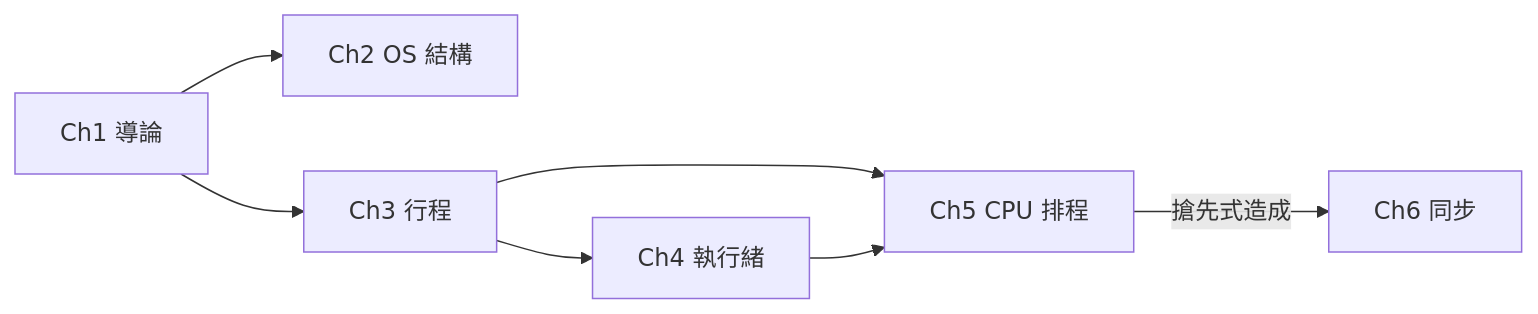
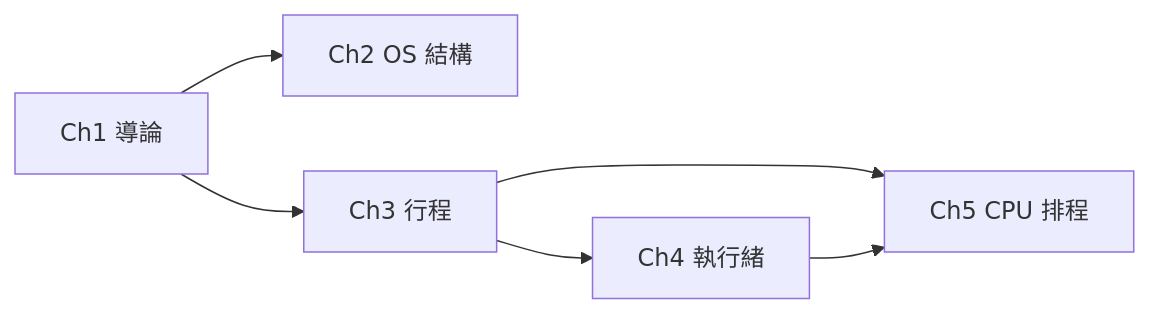
One commit to ThumperHuang/os-notes changed the diagram in README.md. Above: the diagram before and after it, drawn with Mermaid. The commit also changed other lines of this file, not shown here.

````diff
--- a/README.md
+++ b/README.md
@@ -15,9 +17,8 @@
 ```mermaid
 graph LR
   A[Ch1 導論] --> B[Ch2 OS 結構]
   A --> C[Ch3 行程]
   C --> D[Ch4 執行緒]
   C --> E[Ch5 CPU 排程]
   D --> E
-  E -->|搶先式造成| F[Ch6 同步]
 ```
````
